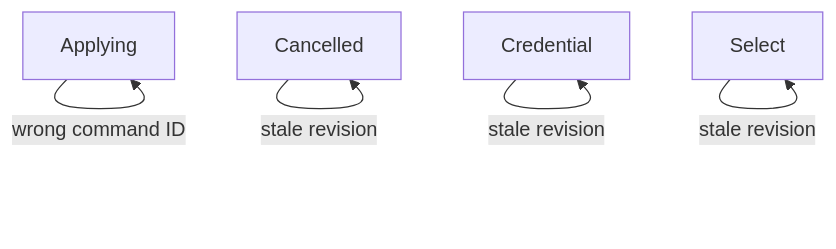
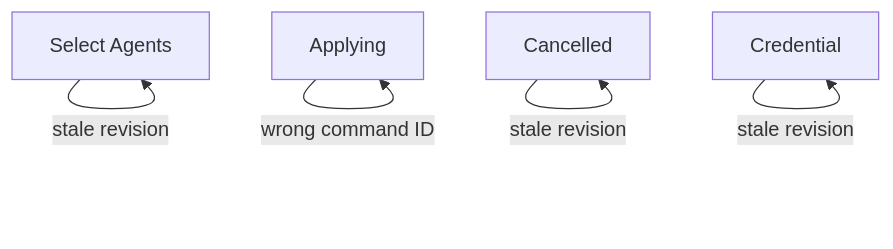
The second of 2 diagrams in prototypes/setup-interaction/diagram.md (dearlordylord/hapsland), drawn with Mermaid before and after one commit. The commit also changed other lines of this file and 2 other files, not shown here.

Commit message:
Label setup selection as Select Agents in replay diagrams

````diff
--- a/prototypes/setup-interaction/diagram.md
+++ b/prototypes/setup-interaction/diagram.md
@@ -50,8 +51,9 @@
 ```mermaid
 flowchart TD
+  Select["Select Agents"]
   Applying -->|"cancel"| Applying
   Applying -->|"wrong command ID"| Applying
   Cancelled -->|"stale revision"| Cancelled
   Credential -->|"stale revision"| Credential
   Select -->|"stale revision"| Select
 ```
````
